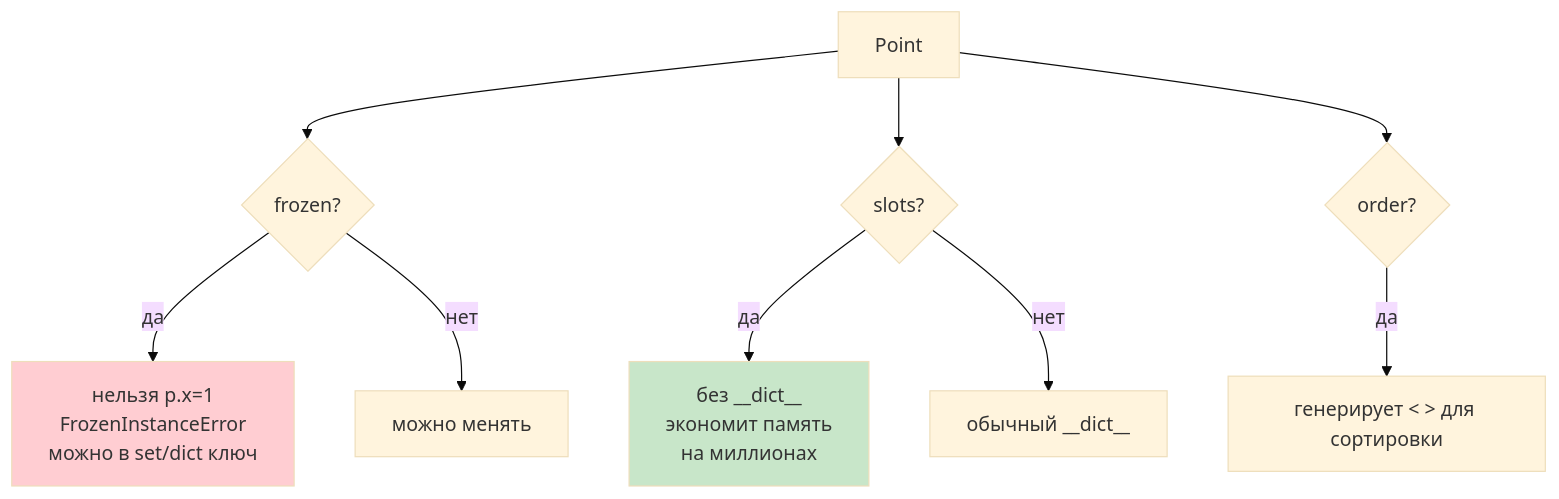
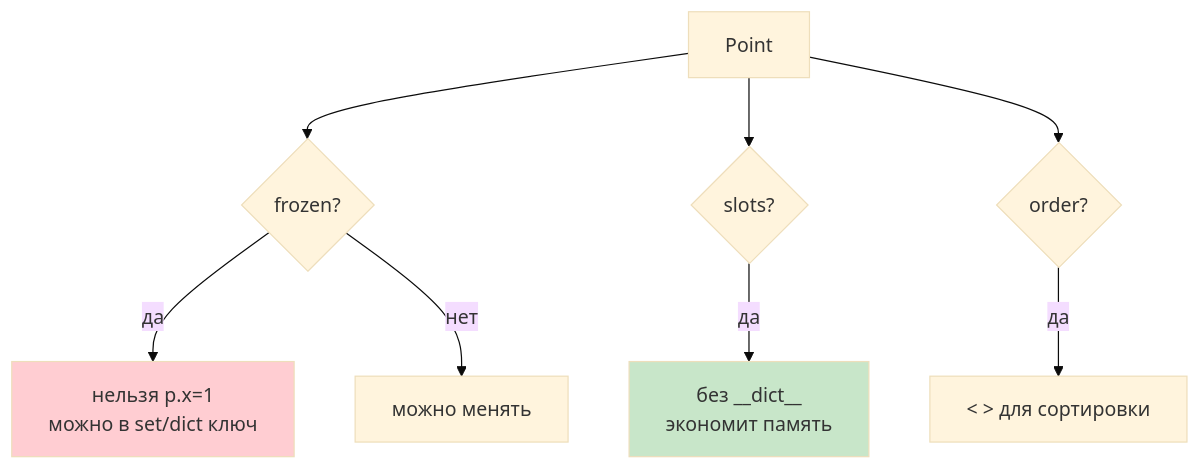
Before and after one commit to JayStorm228/College: the second of 3 diagrams in 02_Курсы/01. Инженерные практики Python/01_Лекции/04. Датаклассы — когда и как, и где дополняет Pydantic.md, drawn with Mermaid (base theme). The commit also changed other lines of this file and 2 other files, not shown here.

First line of the commit message:
инженерка 03-05: перепись разжёвано для новичка

````diff
--- a/02_Курсы/01. Инженерные практики Python/01_Лекции/04. Датаклассы — когда и как, и где дополняет Pydantic.md
+++ b/02_Курсы/01. Инженерные практики Python/01_Лекции/04. Датаклассы — когда и как, и где дополняет Pydantic.md
@@ -100,13 +101,12 @@
 ```mermaid
 flowchart TD
   P[Point] --> F{frozen?}
-  F -- да --> F1[нельзя p.x=1<br>FrozenInstanceError<br>можно в set/dict ключ]
+  F -- да --> F1[нельзя p.x=1<br>можно в set/dict ключ]
   F -- нет --> F2[можно менять]
   P --> S{slots?}
-  S -- да --> S1[без __dict__<br>экономит память<br>на миллионах]
-  S -- нет --> S2[обычный __dict__]
+  S -- да --> S1[без __dict__<br>экономит память]
   P --> O{order?}
-  O -- да --> O1[генерирует < > для сортировки]
+  O -- да --> O1[< > для сортировки]
   style F1 fill:#ffcdd2
   style S1 fill:#c8e6c9
 ```
````
